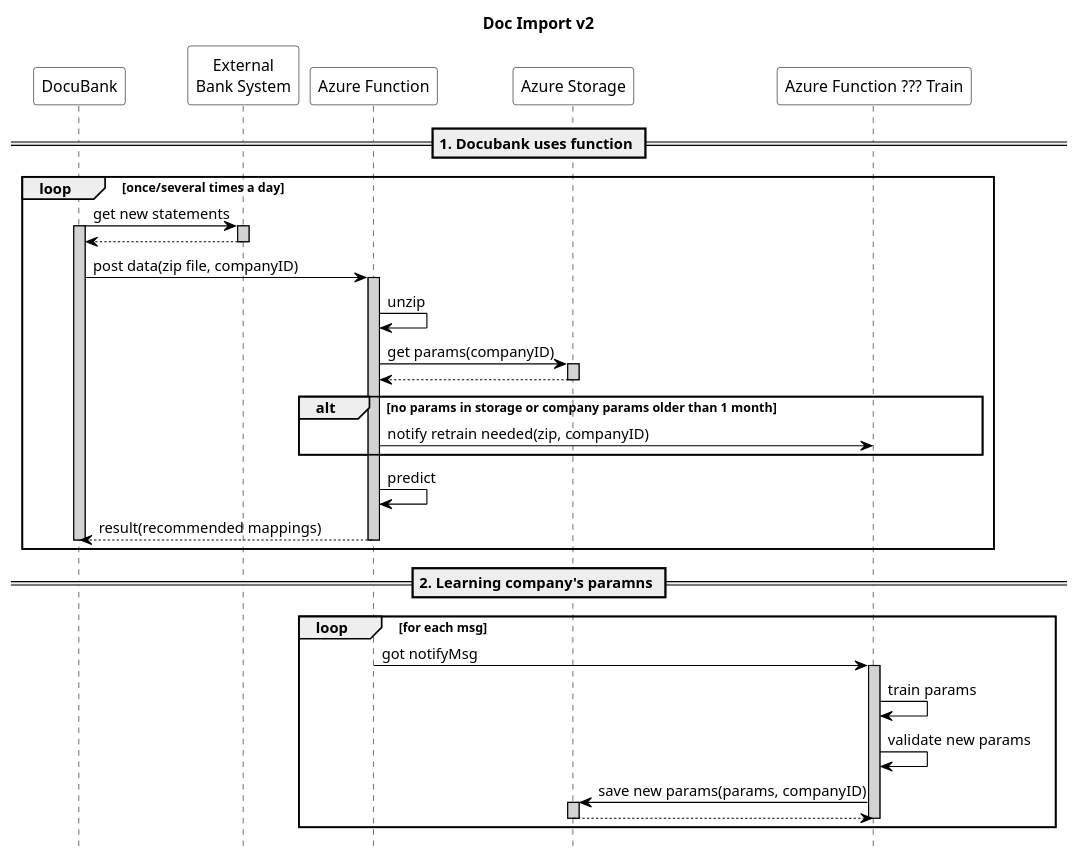
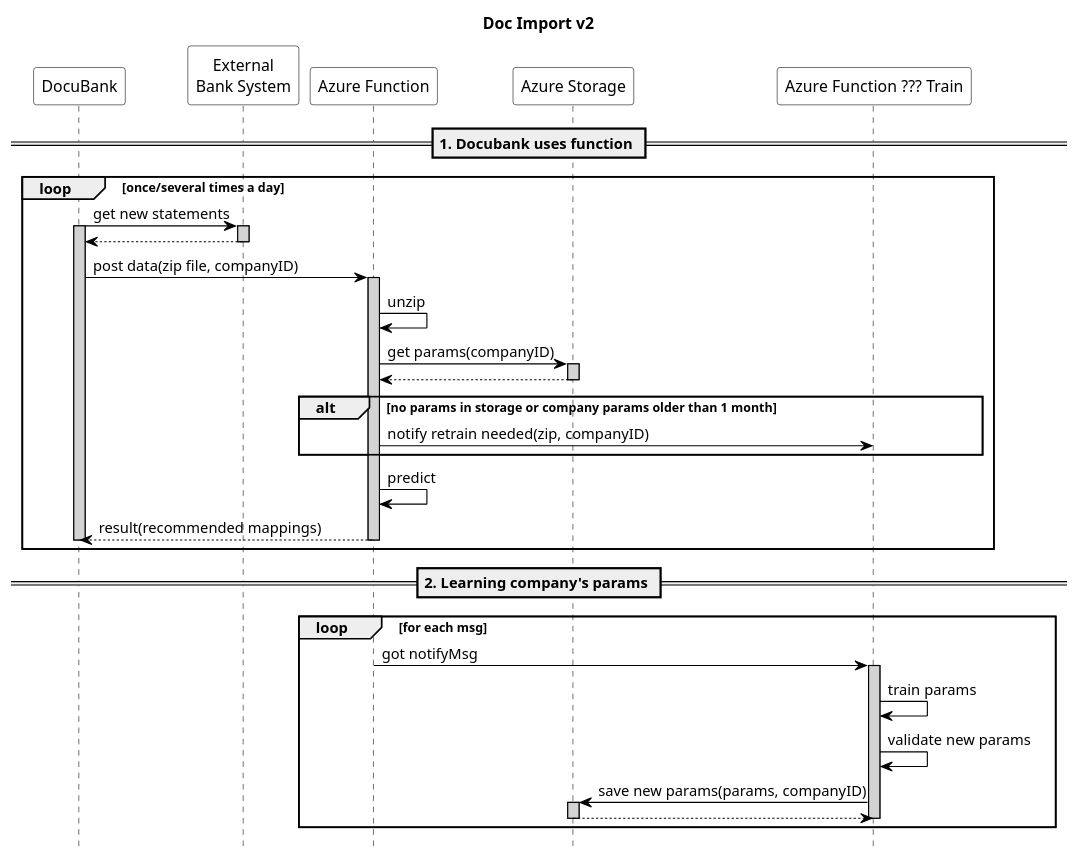
Before and after one commit to airenas/re-bankmap: the diagram in design/proto-v2.puml, drawn with PlantUML.

```diff
--- a/design/proto-v2.puml
+++ b/design/proto-v2.puml
@@ -1,68 +1,68 @@
 @startuml Doc import
 skinparam sequence {
     ParticipantBorderColor Black
     ActorBorderColor Black
 
     ParticipantBackgroundColor White
     ActorBackgroundColor White
 
     ArrowColor black
     LifeLineBorderColor black
     LifeLineBackgroundColor lightgray
 
     BoxBorderColor black
 }
 skinparam databaseBackgroundColor White
 skinparam dataBaseBorderColor Blue
 
 hide footbox
 title Doc Import v2
 
 ' skinparam handwritten true
 
 participant "DocuBank" as docu
 participant "External\nBank System" as bank
 participant "Azure Function" as predictor
 participant "Azure Storage" as storage
 participant "Azure Function ??? Train" as trainer
 
 == 1. Docubank uses function ==
 
 loop once/several times a day
     docu -> bank: get new statements
     activate docu
     activate bank
     bank --> docu:
     deactivate bank
 
     docu -> predictor: post data(zip file, companyID)
     activate predictor
     predictor -> predictor: unzip
     predictor -> storage: get params(companyID)
     activate storage
     storage --> predictor
     deactivate storage
     alt no params in storage or company params older than 1 month
         predictor -> trainer: notify retrain needed(zip, companyID)
     end
     predictor -> predictor: predict
     predictor --> docu: result(recommended mappings)
     deactivate predictor
     deactivate docu
 end
 
-== 2. Learning company's paramns ==
+== 2. Learning company's params ==
 loop for each msg
 
     predictor -> trainer: got notifyMsg
     activate trainer
     trainer -> trainer: train params
     trainer -> trainer: validate new params
     trainer -> storage: save new params(params, companyID)
     activate storage
     storage --> trainer
     deactivate storage
     deactivate trainer
 end
 
 @enduml
```
